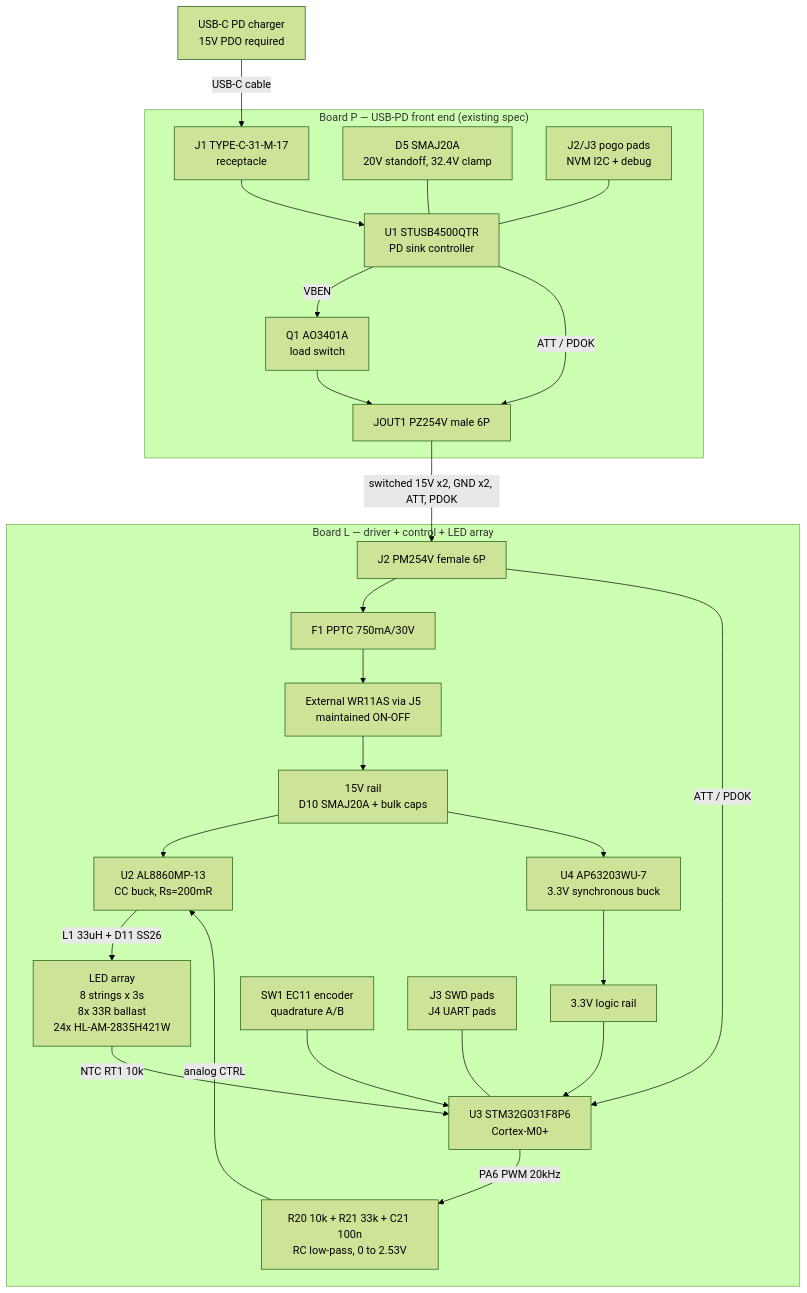
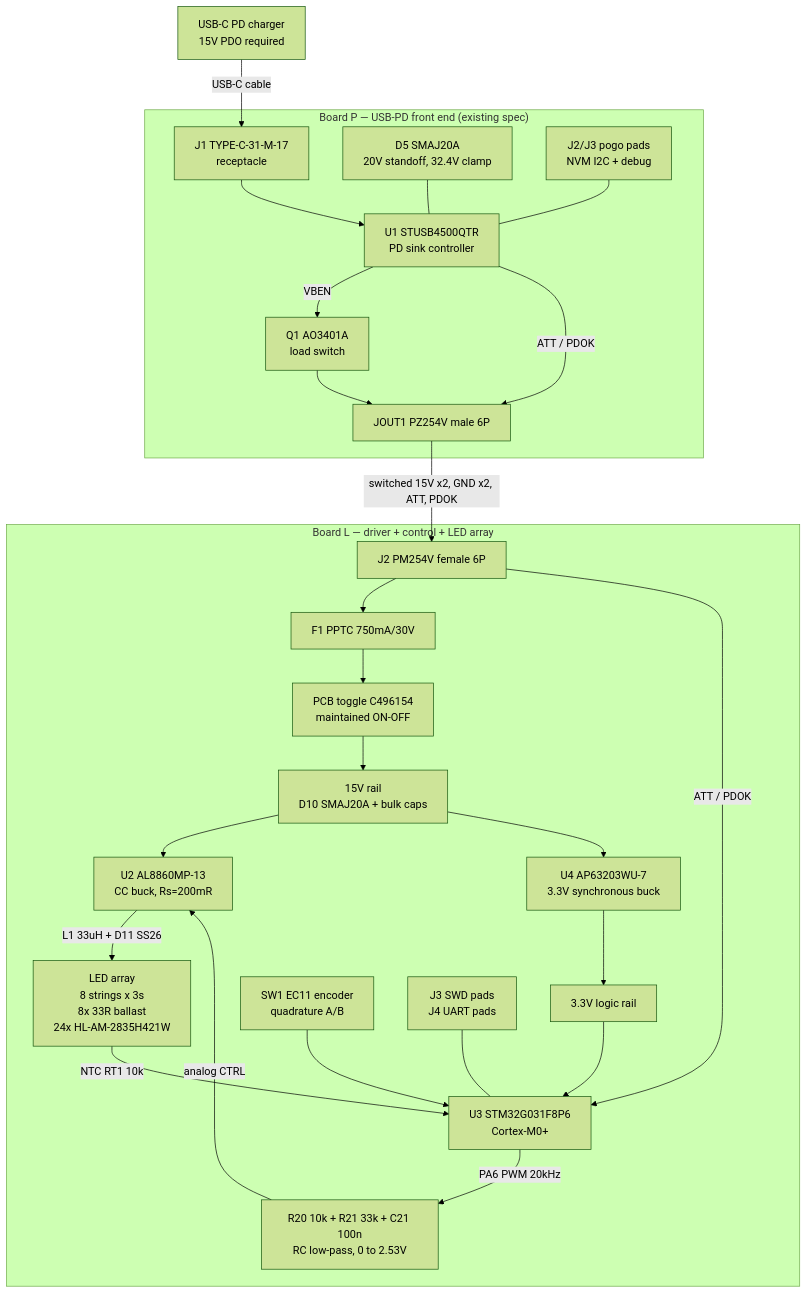
One commit to Takazudo/zudo-led-lamp changed the diagram in doc/src/content/docs/architecture/overview.mdx. Above: the diagram before and after it, drawn with Mermaid (forest theme). The commit also changed other lines of this file and 85 other files, not shown here.

````diff
--- a/doc/src/content/docs/architecture/overview.mdx
+++ b/doc/src/content/docs/architecture/overview.mdx
@@ -41,50 +41,50 @@
 ```mermaid
 flowchart TD;
   CHG["USB-C PD charger\n15V PDO required"];
 
   subgraph BP["Board P — USB-PD front end (existing spec)"];
     J1["J1 TYPE-C-31-M-17\nreceptacle"];
     U1["U1 STUSB4500QTR\nPD sink controller"];
     Q1["Q1 AO3401A\nload switch"];
     D5["D5 SMAJ20A\n20V standoff, 32.4V clamp"];
     J2P["J2/J3 pogo pads\nNVM I2C + debug"];
     JOUT1["JOUT1 PZ254V male 6P"];
     J1 --> U1;
     U1 -->|"VBEN"| Q1;
     D5 --- U1;
     J2P --- U1;
     Q1 --> JOUT1;
     U1 -->|"ATT / PDOK"| JOUT1;
   end;
 
   subgraph BL["Board L — driver + control + LED array"];
     J2L["J2 PM254V female 6P"];
     F1["F1 PPTC 750mA/30V"];
     V15["15V rail\nD10 SMAJ20A + bulk caps"];
     U2["U2 AL8860MP-13\nCC buck, Rs=200mR"];
     ARR["LED array\n8 strings x 3s\n8x 33R ballast\n24x HL-AM-2835H421W"];
     U4["U4 AP63203WU-7\n3.3V synchronous buck"];
     V33["3.3V logic rail"];
     U3["U3 STM32G031F8P6\nCortex-M0+"];
     SW1["SW1 EC11 encoder\nquadrature A/B"];
     RC["R20 10k + R21 33k + C21 100n\nRC low-pass, 0 to 2.53V"];
     J3L["J3 SWD pads\nJ4 UART pads"];
     J2L --> F1;
-    F1 --> SW2["External WR11AS via J5\nmaintained ON-OFF"];
+    F1 --> SW2["PCB toggle C496154\nmaintained ON-OFF"];
     SW2 --> V15;
     V15 --> U2;
     U2 -->|"L1 33uH + D11 SS26"| ARR;
     ARR -->|"NTC RT1 10k"| U3;
     V15 --> U4;
     U4 --> V33;
     V33 --> U3;
     SW1 --> U3;
     U3 -->|"PA6 PWM 20kHz"| RC;
     RC -->|"analog CTRL"| U2;
     J3L --- U3;
     J2L -->|"ATT / PDOK"| U3;
   end;
 
   CHG -->|"USB-C cable"| J1;
   JOUT1 -->|"switched 15V x2, GND x2, ATT, PDOK"| J2L;
 ```
````
